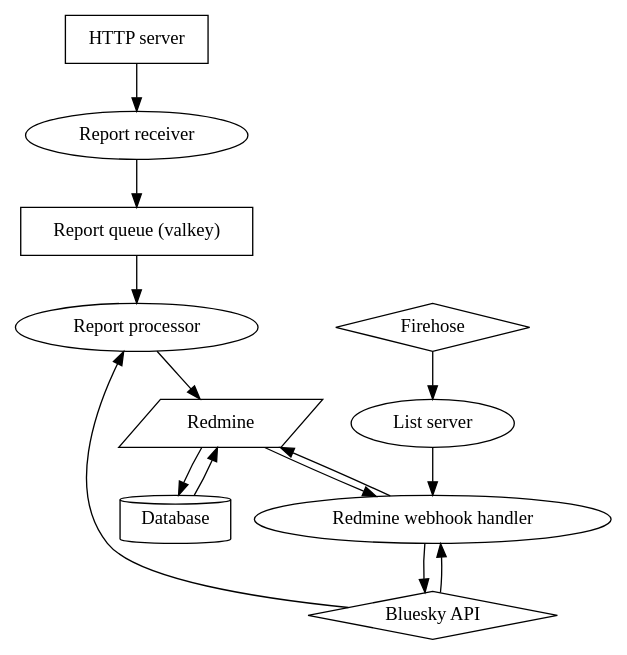
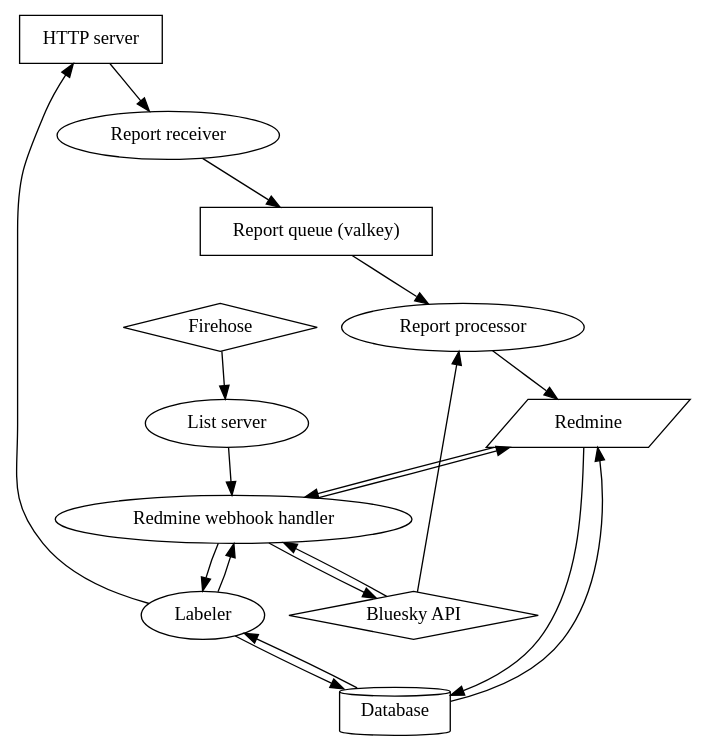
Before and after one commit to bsky-watch/modkit: the diagram in diagram.dot, drawn with Graphviz. The commit also changed 2 other files, not shown here.

```diff
--- a/diagram.dot
+++ b/diagram.dot
@@ -1,20 +1,24 @@
 digraph diagram {
   http [label="HTTP server",shape="box"];
   report_receiver [label="Report receiver"];
   redmine [label="Redmine",shape="parallelogram"];
   report_queue [label="Report queue (valkey)",shape="box"];
   report_processor [label="Report processor"];
   listserver [label="List server"];
   redmine_handler [label="Redmine webhook handler"];
+  labeler [label="Labeler"];
   postgres [label="Database",shape="cylinder"];
   firehose [label="Firehose",shape="diamond"];
   bluesky [label="Bluesky API",shape="diamond"];
 
   http -> report_receiver -> report_queue -> report_processor -> redmine;
   firehose -> listserver -> redmine_handler;
   redmine -> postgres -> redmine;
   redmine_handler -> redmine -> redmine_handler;
+  postgres -> labeler -> http;
+  labeler -> postgres;
+  redmine_handler -> labeler -> redmine_handler;
 
   bluesky -> redmine_handler -> bluesky;
   bluesky -> report_processor;
 }
```
